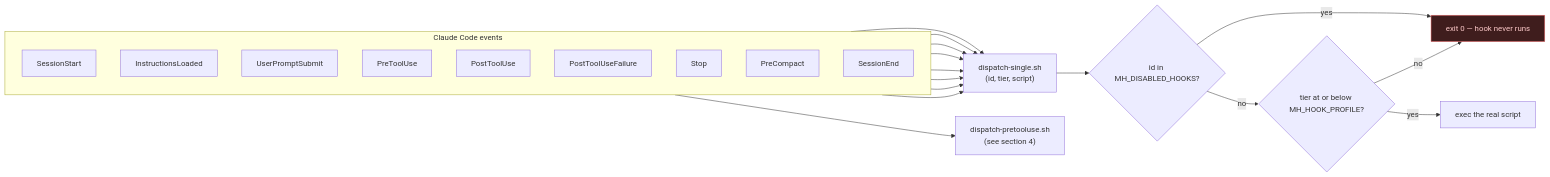
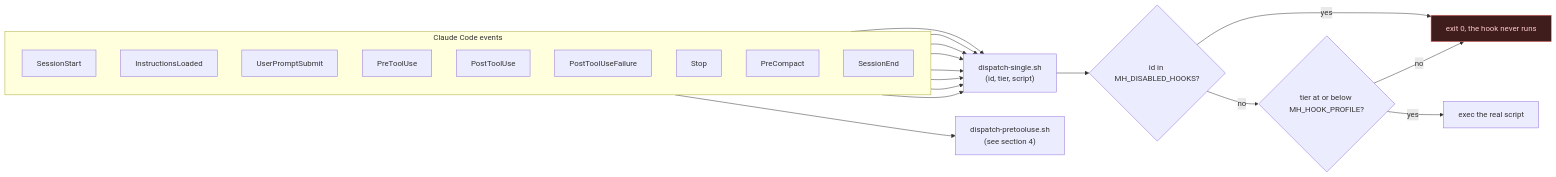
The second of 8 diagrams in docs/workflow-diagrams.md (wasikarn/matt-harness), drawn with Mermaid before and after one commit. The commit also changed other lines of this file and 9 other files, not shown here.

````diff
--- a/docs/workflow-diagrams.md
+++ b/docs/workflow-diagrams.md
@@ -62,27 +65,27 @@
 ```mermaid
 flowchart LR
     subgraph EVENTS["Claude Code events"]
         direction TB
         E1["SessionStart"]
         E2["InstructionsLoaded"]
         E3["UserPromptSubmit"]
         E4["PreToolUse"]
         E5["PostToolUse"]
         E6["PostToolUseFailure"]
         E7["Stop"]
         E8["PreCompact"]
         E9["SessionEnd"]
     end
 
     E1 & E2 & E3 & E5 & E6 & E7 & E8 & E9 --> DS["dispatch-single.sh<br/>(id, tier, script)"]
     E4 --> DP["dispatch-pretooluse.sh<br/>(see section 4)"]
 
     DS --> K{"id in MH_DISABLED_HOOKS?"}
-    K -->|"yes"| X["exit 0 — hook never runs"]
+    K -->|"yes"| X["exit 0, the hook never runs"]
     K -->|"no"| T{"tier at or below MH_HOOK_PROFILE?"}
     T -->|"no"| X
     T -->|"yes"| R["exec the real script"]
 
     classDef drop fill:#3f1d1d,stroke:#f87171,color:#fecaca
     class X drop
 ```
````
